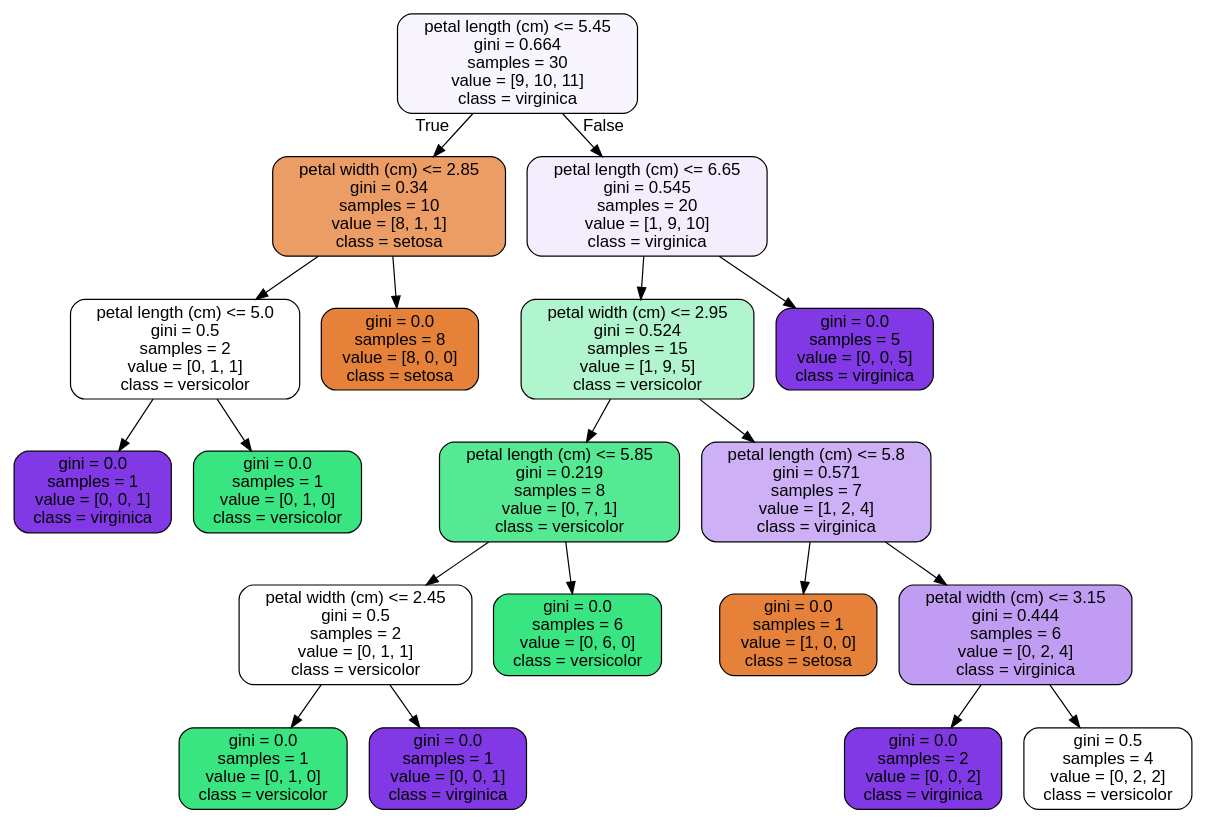
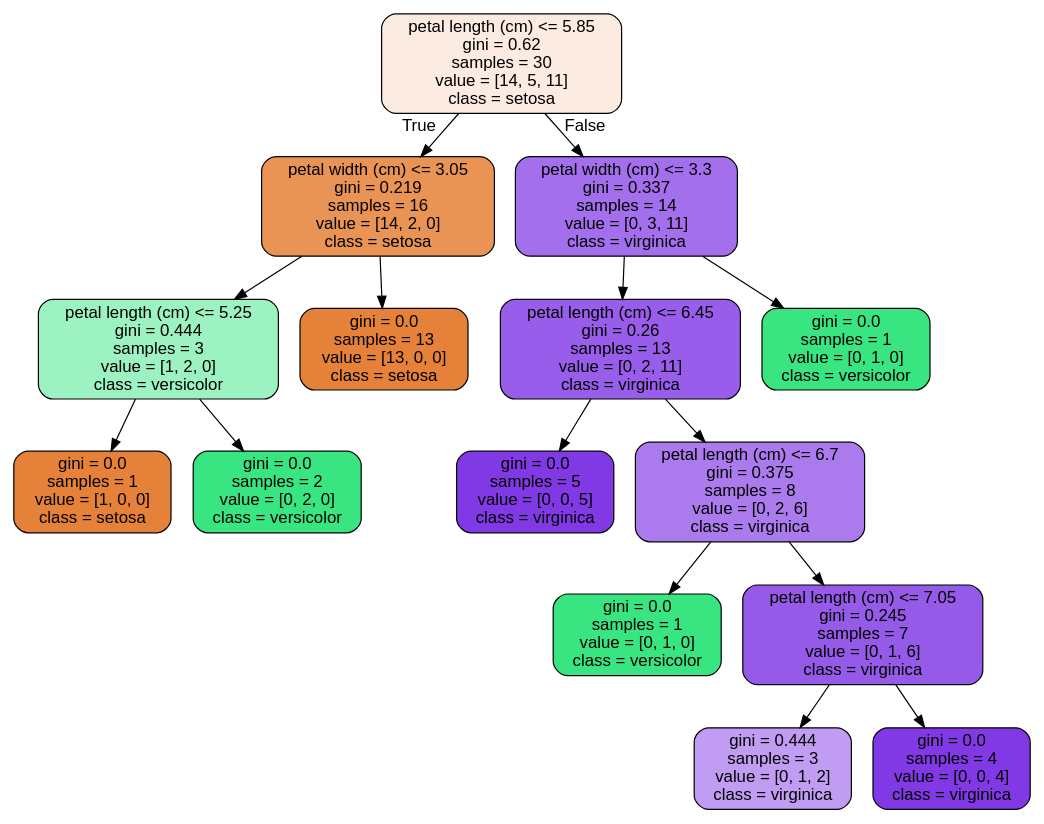
Before and after one commit to JoseDeJesusMendozaBecerril/Practica4_MineriaDeDatos: the diagram in images/decision_trees/iris_tree_test.dot, drawn with Graphviz. The commit also changed 17 other files, not shown here.

```diff
--- a/images/decision_trees/iris_tree_test.dot
+++ b/images/decision_trees/iris_tree_test.dot
@@ -1,41 +1,33 @@
 digraph Tree {
 node [shape=box, style="filled, rounded", color="black", fontname=helvetica] ;
 edge [fontname=helvetica] ;
-0 [label="petal length (cm) <= 5.45\ngini = 0.664\nsamples = 30\nvalue = [9, 10, 11]\nclass = virginica", fillcolor="#f9f5fe"] ;
-1 [label="petal width (cm) <= 2.85\ngini = 0.34\nsamples = 10\nvalue = [8, 1, 1]\nclass = setosa", fillcolor="#eb9d65"] ;
+0 [label="petal length (cm) <= 5.85\ngini = 0.62\nsamples = 30\nvalue = [14, 5, 11]\nclass = setosa", fillcolor="#fbebe0"] ;
+1 [label="petal width (cm) <= 3.05\ngini = 0.219\nsamples = 16\nvalue = [14, 2, 0]\nclass = setosa", fillcolor="#e99355"] ;
 0 -> 1 [labeldistance=2.5, labelangle=45, headlabel="True"] ;
-2 [label="petal length (cm) <= 5.0\ngini = 0.5\nsamples = 2\nvalue = [0, 1, 1]\nclass = versicolor", fillcolor="#ffffff"] ;
+2 [label="petal length (cm) <= 5.25\ngini = 0.444\nsamples = 3\nvalue = [1, 2, 0]\nclass = versicolor", fillcolor="#9cf2c0"] ;
 1 -> 2 ;
-3 [label="gini = 0.0\nsamples = 1\nvalue = [0, 0, 1]\nclass = virginica", fillcolor="#8139e5"] ;
+3 [label="gini = 0.0\nsamples = 1\nvalue = [1, 0, 0]\nclass = setosa", fillcolor="#e58139"] ;
 2 -> 3 ;
-4 [label="gini = 0.0\nsamples = 1\nvalue = [0, 1, 0]\nclass = versicolor", fillcolor="#39e581"] ;
+4 [label="gini = 0.0\nsamples = 2\nvalue = [0, 2, 0]\nclass = versicolor", fillcolor="#39e581"] ;
 2 -> 4 ;
-5 [label="gini = 0.0\nsamples = 8\nvalue = [8, 0, 0]\nclass = setosa", fillcolor="#e58139"] ;
+5 [label="gini = 0.0\nsamples = 13\nvalue = [13, 0, 0]\nclass = setosa", fillcolor="#e58139"] ;
 1 -> 5 ;
-6 [label="petal length (cm) <= 6.65\ngini = 0.545\nsamples = 20\nvalue = [1, 9, 10]\nclass = virginica", fillcolor="#f4edfd"] ;
+6 [label="petal width (cm) <= 3.3\ngini = 0.337\nsamples = 14\nvalue = [0, 3, 11]\nclass = virginica", fillcolor="#a36fec"] ;
 0 -> 6 [labeldistance=2.5, labelangle=-45, headlabel="False"] ;
-7 [label="petal width (cm) <= 2.95\ngini = 0.524\nsamples = 15\nvalue = [1, 9, 5]\nclass = versicolor", fillcolor="#b0f5cd"] ;
+7 [label="petal length (cm) <= 6.45\ngini = 0.26\nsamples = 13\nvalue = [0, 2, 11]\nclass = virginica", fillcolor="#985dea"] ;
 6 -> 7 ;
-8 [label="petal length (cm) <= 5.85\ngini = 0.219\nsamples = 8\nvalue = [0, 7, 1]\nclass = versicolor", fillcolor="#55e993"] ;
+8 [label="gini = 0.0\nsamples = 5\nvalue = [0, 0, 5]\nclass = virginica", fillcolor="#8139e5"] ;
 7 -> 8 ;
-9 [label="petal width (cm) <= 2.45\ngini = 0.5\nsamples = 2\nvalue = [0, 1, 1]\nclass = versicolor", fillcolor="#ffffff"] ;
-8 -> 9 ;
+9 [label="petal length (cm) <= 6.7\ngini = 0.375\nsamples = 8\nvalue = [0, 2, 6]\nclass = virginica", fillcolor="#ab7bee"] ;
+7 -> 9 ;
 10 [label="gini = 0.0\nsamples = 1\nvalue = [0, 1, 0]\nclass = versicolor", fillcolor="#39e581"] ;
 9 -> 10 ;
-11 [label="gini = 0.0\nsamples = 1\nvalue = [0, 0, 1]\nclass = virginica", fillcolor="#8139e5"] ;
+11 [label="petal length (cm) <= 7.05\ngini = 0.245\nsamples = 7\nvalue = [0, 1, 6]\nclass = virginica", fillcolor="#965ae9"] ;
 9 -> 11 ;
-12 [label="gini = 0.0\nsamples = 6\nvalue = [0, 6, 0]\nclass = versicolor", fillcolor="#39e581"] ;
-8 -> 12 ;
-13 [label="petal length (cm) <= 5.8\ngini = 0.571\nsamples = 7\nvalue = [1, 2, 4]\nclass = virginica", fillcolor="#cdb0f5"] ;
-7 -> 13 ;
-14 [label="gini = 0.0\nsamples = 1\nvalue = [1, 0, 0]\nclass = setosa", fillcolor="#e58139"] ;
-13 -> 14 ;
-15 [label="petal width (cm) <= 3.15\ngini = 0.444\nsamples = 6\nvalue = [0, 2, 4]\nclass = virginica", fillcolor="#c09cf2"] ;
-13 -> 15 ;
-16 [label="gini = 0.0\nsamples = 2\nvalue = [0, 0, 2]\nclass = virginica", fillcolor="#8139e5"] ;
-15 -> 16 ;
-17 [label="gini = 0.5\nsamples = 4\nvalue = [0, 2, 2]\nclass = versicolor", fillcolor="#ffffff"] ;
-15 -> 17 ;
-18 [label="gini = 0.0\nsamples = 5\nvalue = [0, 0, 5]\nclass = virginica", fillcolor="#8139e5"] ;
-6 -> 18 ;
+12 [label="gini = 0.444\nsamples = 3\nvalue = [0, 1, 2]\nclass = virginica", fillcolor="#c09cf2"] ;
+11 -> 12 ;
+13 [label="gini = 0.0\nsamples = 4\nvalue = [0, 0, 4]\nclass = virginica", fillcolor="#8139e5"] ;
+11 -> 13 ;
+14 [label="gini = 0.0\nsamples = 1\nvalue = [0, 1, 0]\nclass = versicolor", fillcolor="#39e581"] ;
+6 -> 14 ;
 }
```
